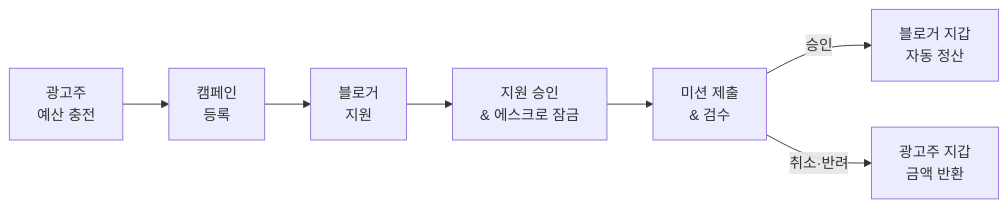
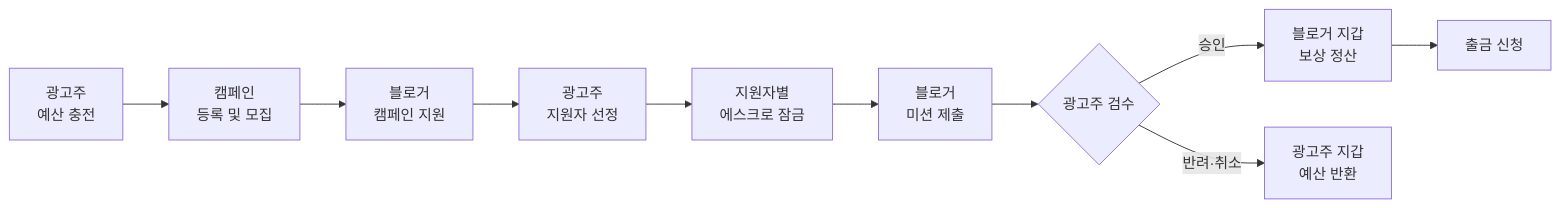
One commit to Pacto-Developers/.github changed the first of 3 diagrams in profile/README.md. Above: the diagram before and after it, drawn with Mermaid. The commit also changed other lines of this file, not shown here.

````diff
--- a/profile/README.md
+++ b/profile/README.md
@@ -28,9 +39,12 @@
 ```mermaid
 flowchart LR
-    A["광고주<br/>예산 충전"] --> B["캠페인<br/>등록"]
-    B --> C["블로거<br/>지원"]
-    C --> D["지원 승인<br/>& 에스크로 잠금"]
-    D --> E["미션 제출<br/>& 검수"]
-    E -->|승인| F["블로거 지갑<br/>자동 정산"]
-    E -->|취소·반려| G["광고주 지갑<br/>금액 반환"]
+    A["광고주<br/>예산 충전"] --> B["캠페인<br/>등록 및 모집"]
+    B --> C["블로거<br/>캠페인 지원"]
+    C --> D["광고주<br/>지원자 선정"]
+    D --> E["지원자별<br/>에스크로 잠금"]
+    E --> F["블로거<br/>미션 제출"]
+    F --> G{"광고주 검수"}
+    G -->|승인| H["블로거 지갑<br/>보상 정산"]
+    G -->|반려·취소| I["광고주 지갑<br/>예산 반환"]
+    H --> J["출금 신청"]
 ```
````
